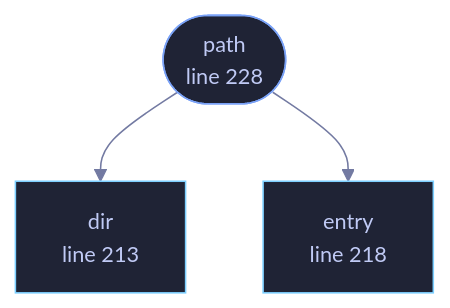
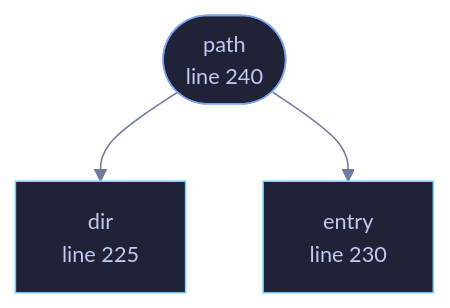
One commit to tilas01/veilvoice changed the diagram in docs/files/veilvoice-crypto/layout.md. Above: the diagram before and after it, drawn with Mermaid. The commit also changed other lines of this file and 65 other files, not shown here.

````diff
--- a/docs/files/veilvoice-crypto/layout.md
+++ b/docs/files/veilvoice-crypto/layout.md
@@ -91,16 +91,16 @@
 ```mermaid
 %%{init: {"theme":"base","themeVariables":{"background":"#1a1b26","primaryColor":"#1f2335","primaryTextColor":"#c0caf5","primaryBorderColor":"#7aa2f7","secondaryColor":"#16161e","tertiaryColor":"#16161e","lineColor":"#737aa2","textColor":"#c0caf5","mainBkg":"#1f2335","nodeBorder":"#7aa2f7","clusterBkg":"#16161e","clusterBorder":"#2f3549","fontFamily":"ui-monospace, SFMono-Regular, Consolas, monospace","fontSize":"14px"}}}%%
 flowchart TD
-    n_dir["dir<br/>line 213"]
-    n_entry["entry<br/>line 218"]
-    n_path(["path<br/>line 228"])
+    n_dir["dir<br/>line 225"]
+    n_entry["entry<br/>line 230"]
+    n_path(["path<br/>line 240"])
     n_path --> n_dir
     n_path --> n_entry
-    click n_dir href "https://github.com/tilas01/veilvoice/blob/main/crates/veilvoice-crypto/src/layout.rs#L213" "open the source"
-    click n_entry href "https://github.com/tilas01/veilvoice/blob/main/crates/veilvoice-crypto/src/layout.rs#L218" "open the source"
-    click n_path href "https://github.com/tilas01/veilvoice/blob/main/crates/veilvoice-crypto/src/layout.rs#L228" "open the source"
+    click n_dir href "https://github.com/tilas01/veilvoice/blob/main/crates/veilvoice-crypto/src/layout.rs#L225" "open the source"
+    click n_entry href "https://github.com/tilas01/veilvoice/blob/main/crates/veilvoice-crypto/src/layout.rs#L230" "open the source"
+    click n_path href "https://github.com/tilas01/veilvoice/blob/main/crates/veilvoice-crypto/src/layout.rs#L240" "open the source"
     classDef entry fill:#1f2335,stroke:#7aa2f7,color:#c0caf5
     class n_path entry
     classDef api fill:#1f2335,stroke:#7dcfff,color:#c0caf5
     class n_dir,n_entry api
 ```
````
